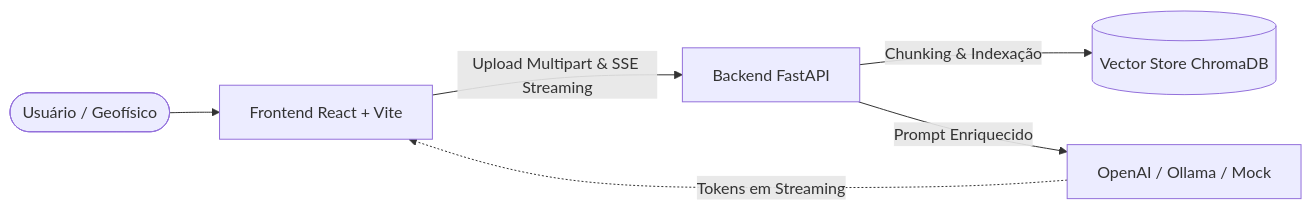
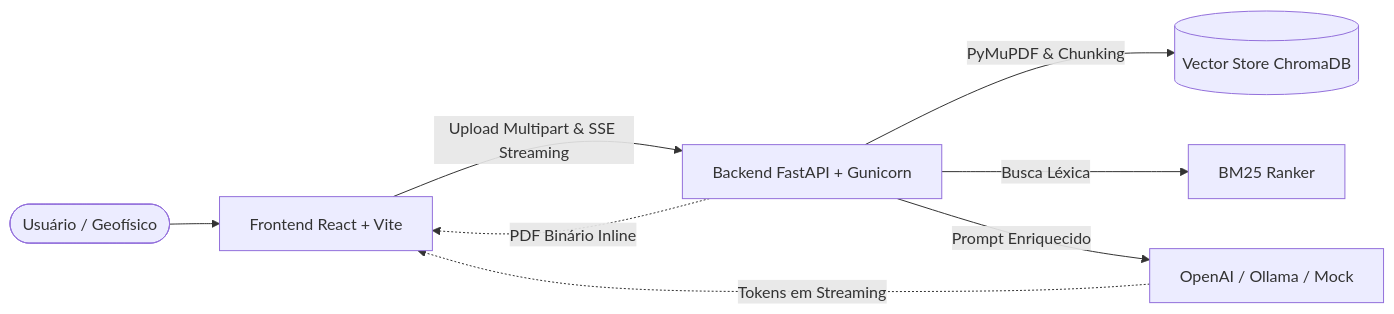
Before and after one commit to esdrasfelipe07/geodoc-ai: the diagram in README.md, drawn with Mermaid. The commit also changed other lines of this file and 4 other files, not shown here.

````diff
--- a/README.md
+++ b/README.md
@@ -26,8 +27,10 @@
 ```mermaid
 flowchart LR
     User([Usuário / Geofísico]) --> ReactApp[Frontend React + Vite]
-    ReactApp -->|Upload Multipart & SSE Streaming| FastAPI[Backend FastAPI]
-    FastAPI -->|Chunking & Indexação| ChromaDB[(Vector Store ChromaDB)]
+    ReactApp -->|Upload Multipart & SSE Streaming| FastAPI[Backend FastAPI + Gunicorn]
+    FastAPI -->|PyMuPDF & Chunking| ChromaDB[(Vector Store ChromaDB)]
+    FastAPI -->|Busca Léxica| BM25[BM25 Ranker]
     FastAPI -->|Prompt Enriquecido| LLM[OpenAI / Ollama / Mock]
     LLM -.->|Tokens em Streaming| ReactApp
+    FastAPI -.->|PDF Binário Inline| ReactApp
 ```
````
